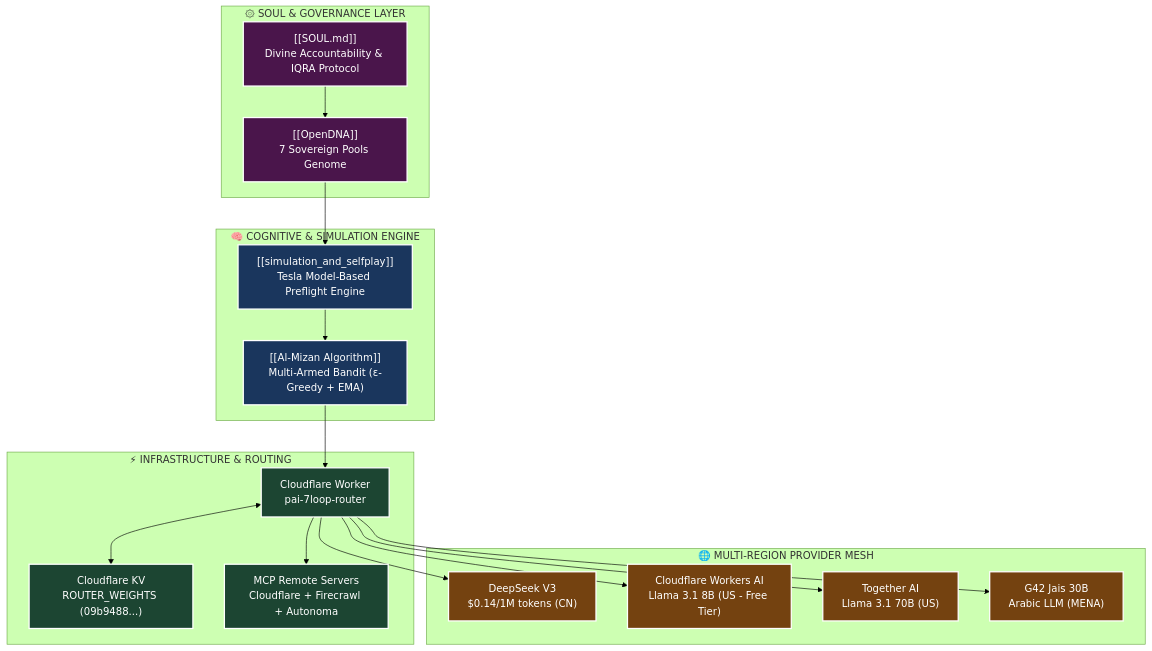
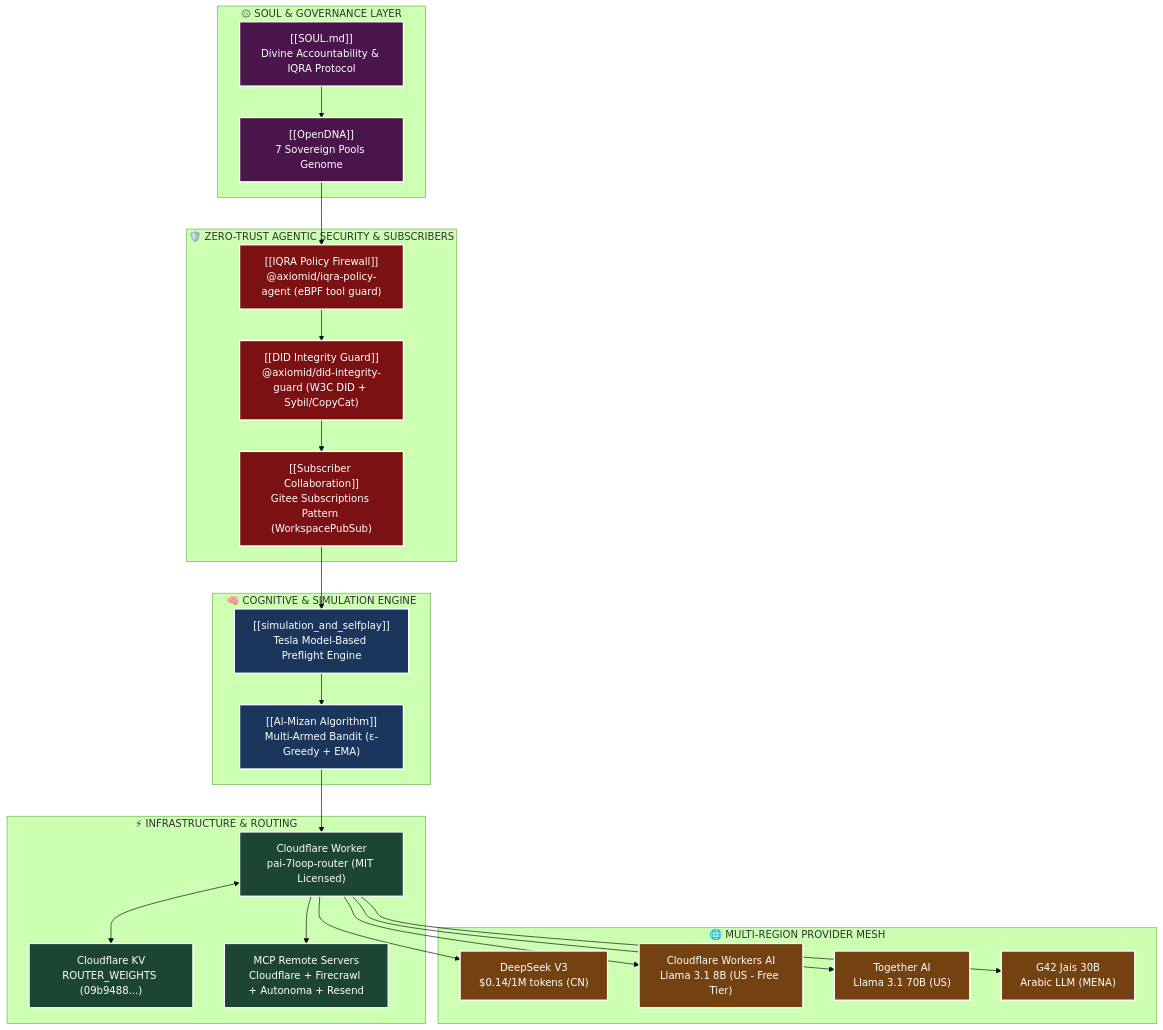
One commit to pai-list/AxiomID changed the diagram in AxiomID.Memory/topology.md. Above: the diagram before and after it, drawn with Mermaid (forest theme). The commit also changed other lines of this file and 2 other files, not shown here.

Commit message:
docs(memory): update Obsidian topology map and project status with Resend MCP & security packages ۞
[THE CHRONICLE OF OBSIDIAN MEMORY SYNCHRONIZATION]

- Updated AxiomID.Memory/PROJECT_STATUS.md with Al-Mizan MIT open-sourcing, 210 KV observations, IQRA Policy Agent, DID Integrity Guard, and Gitee Subscribers collaboration milestones
- Updated AxiomID.Memory/topology.md with Mermaid architecture nodes for Zero-Trust Agentic Security & Workspace Collaboration
- Updated .mcp.json to include Resend MCP server for waitlist processing

بسم الله الرحمن الرحيم

````diff
--- a/AxiomID.Memory/topology.md
+++ b/AxiomID.Memory/topology.md
@@ -15,46 +15,57 @@
 ```mermaid
 graph TD
     subgraph SOUL_LAYER["۞ SOUL & GOVERNANCE LAYER"]
         SOUL["[[SOUL.md]]<br/>Divine Accountability & IQRA Protocol"]
         OPENDNA["[[OpenDNA]]<br/>7 Sovereign Pools Genome"]
     end
 
     subgraph COGNITIVE_ENGINE["🧠 COGNITIVE & SIMULATION ENGINE"]
         TESLA_SIM["[[simulation_and_selfplay]]<br/>Tesla Model-Based Preflight Engine"]
         BANDIT["[[Al-Mizan Algorithm]]<br/>Multi-Armed Bandit (ε-Greedy + EMA)"]
     end
 
+    subgraph ZERO_TRUST_SECURITY["🛡️ ZERO-TRUST AGENTIC SECURITY & SUBSCRIBERS"]
+        IQRA_FW["[[IQRA Policy Firewall]]<br/>@axiomid/iqra-policy-agent (eBPF tool guard)"]
+        DID_GUARD["[[DID Integrity Guard]]<br/>@axiomid/did-integrity-guard (W3C DID + Sybil/CopyCat)"]
+        SUBSCRIBERS["[[Subscriber Collaboration]]<br/>Gitee Subscriptions Pattern (WorkspacePubSub)"]
+    end
+
     subgraph DEPLOYMENT_INFRA["⚡ INFRASTRUCTURE & ROUTING"]
-        CF_WORKER["Cloudflare Worker<br/>pai-7loop-router"]
+        CF_WORKER["Cloudflare Worker<br/>pai-7loop-router (MIT Licensed)"]
         CF_KV["Cloudflare KV<br/>ROUTER_WEIGHTS (09b9488...)"]
-        MCP_SERVERS["MCP Remote Servers<br/>Cloudflare + Firecrawl + Autonoma"]
+        MCP_SERVERS["MCP Remote Servers<br/>Cloudflare + Firecrawl + Autonoma + Resend"]
     end
 
     subgraph PROVIDER_MESH["🌐 MULTI-REGION PROVIDER MESH"]
         DEEPSEEK["DeepSeek V3<br/>$0.14/1M tokens (CN)"]
         CF_AI["Cloudflare Workers AI<br/>Llama 3.1 8B (US - Free Tier)"]
         TOGETHER["Together AI<br/>Llama 3.1 70B (US)"]
         JAIS["G42 Jais 30B<br/>Arabic LLM (MENA)"]
     end
 
     SOUL --> OPENDNA
-    OPENDNA --> TESLA_SIM
+    OPENDNA --> IQRA_FW
+    IQRA_FW --> DID_GUARD
+    DID_GUARD --> SUBSCRIBERS
+    SUBSCRIBERS --> TESLA_SIM
     TESLA_SIM --> BANDIT
     BANDIT --> CF_WORKER
     CF_WORKER <--> CF_KV
     CF_WORKER --> MCP_SERVERS
     CF_WORKER --> DEEPSEEK
     CF_WORKER --> CF_AI
     CF_WORKER --> TOGETHER
     CF_WORKER --> JAIS
 
     classDef soul fill:#4a154b,stroke:#fff,stroke-width:2px,color:#fff;
+    classDef security fill:#7b1113,stroke:#fff,stroke-width:2px,color:#fff;
     classDef engine fill:#1a365d,stroke:#fff,stroke-width:2px,color:#fff;
     classDef infra fill:#1c4532,stroke:#fff,stroke-width:2px,color:#fff;
     classDef mesh fill:#744210,stroke:#fff,stroke-width:2px,color:#fff;
 
     class SOUL,OPENDNA soul;
+    class IQRA_FW,DID_GUARD,SUBSCRIBERS security;
     class TESLA_SIM,BANDIT engine;
     class CF_WORKER,CF_KV,MCP_SERVERS infra;
     class DEEPSEEK,CF_AI,TOGETHER,JAIS mesh;
 ```
````
